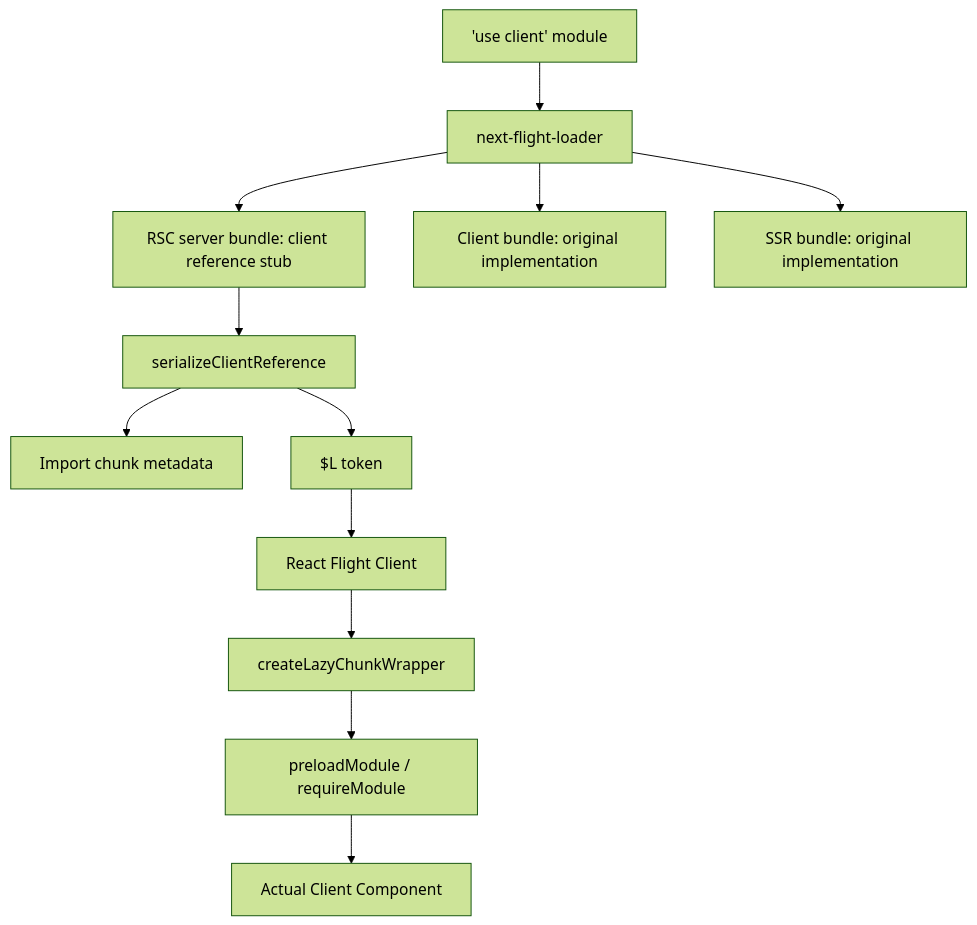
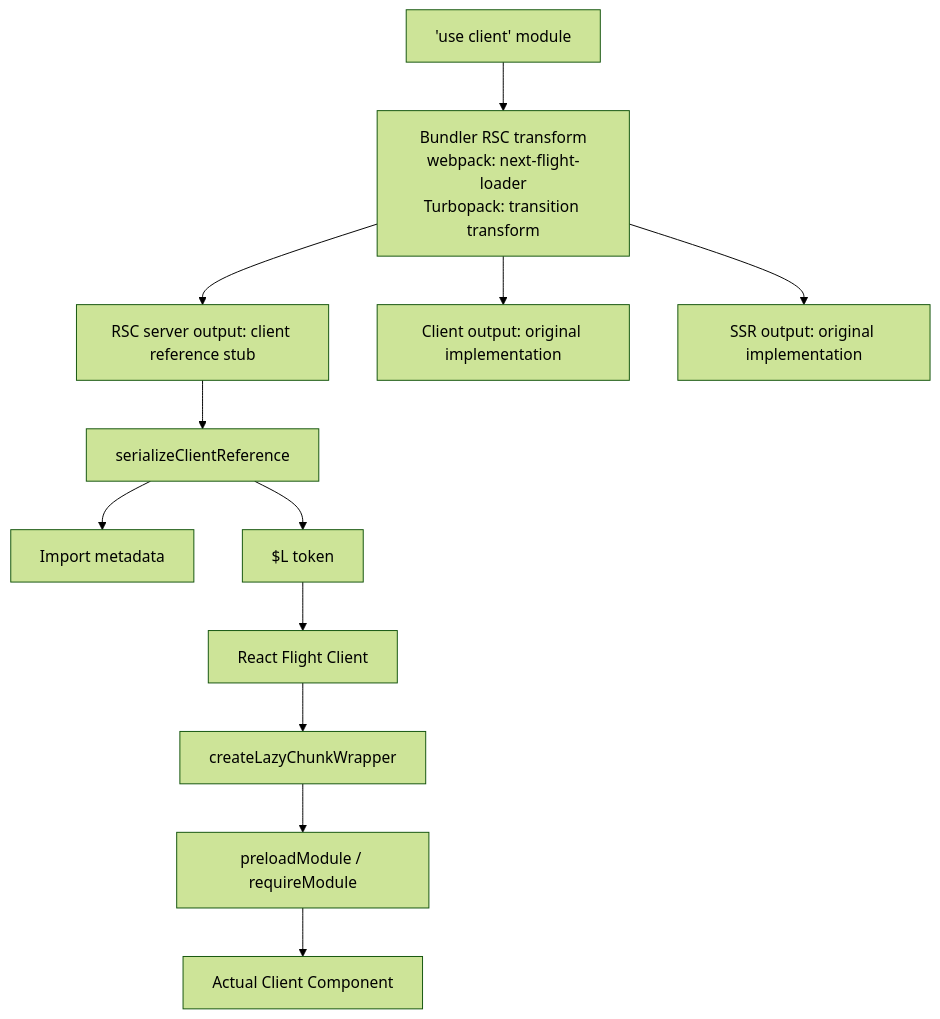
One commit to CheonBi/blog changed the diagram in apps/blog/posts/2026/05/use-client-deep-dive.md. Above: the diagram before and after it, drawn with Mermaid (forest theme). The commit also changed other lines of this file, not shown here.

Commit message:
✏️ Tighten Turbopack section and pin source links to tags

````diff
--- a/apps/blog/posts/2026/05/use-client-deep-dive.md
+++ b/apps/blog/posts/2026/05/use-client-deep-dive.md
@@ -1117,16 +1187,16 @@
 ```mermaid
 flowchart TD
-  A["'use client' module"] --> B["next-flight-loader"]
-  B --> C["RSC server bundle: client reference stub"]
-  B --> D["Client bundle: original implementation"]
-  B --> E["SSR bundle: original implementation"]
+  A["'use client' module"] --> B["Bundler RSC transform<br/>webpack: next-flight-loader<br/>Turbopack: transition transform"]
+  B --> C["RSC server output: client reference stub"]
+  B --> D["Client output: original implementation"]
+  B --> E["SSR output: original implementation"]
 
   C --> F["serializeClientReference"]
-  F --> G["Import chunk metadata"]
+  F --> G["Import metadata"]
   F --> H["$L token"]
 
   H --> I["React Flight Client"]
   I --> J["createLazyChunkWrapper"]
   J --> K["preloadModule / requireModule"]
   K --> L["Actual Client Component"]
 ```
````
